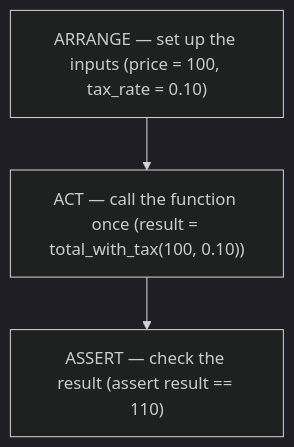
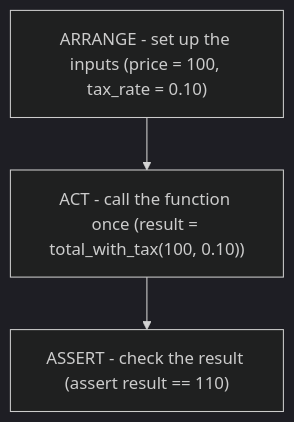
Before and after one commit to Topurrra/themissingmanual: the diagram in guides/testing/your-first-unit-test/01-arrange-act-assert.md, drawn with Mermaid (dark theme). The commit also changed other lines of this file and 1072 other files, not shown here.

````diff
--- a/guides/testing/your-first-unit-test/01-arrange-act-assert.md
+++ b/guides/testing/your-first-unit-test/01-arrange-act-assert.md
@@ -39,7 +39,7 @@
 ```mermaid
 flowchart TD
-  A["ARRANGE — set up the inputs (price = 100, tax_rate = 0.10)"]
-  B["ACT — call the function once (result = total_with_tax(100, 0.10))"]
-  C["ASSERT — check the result (assert result == 110)"]
+  A["ARRANGE - set up the inputs (price = 100, tax_rate = 0.10)"]
+  B["ACT - call the function once (result = total_with_tax(100, 0.10))"]
+  C["ASSERT - check the result (assert result == 110)"]
   A --> B --> C
 ```
````
